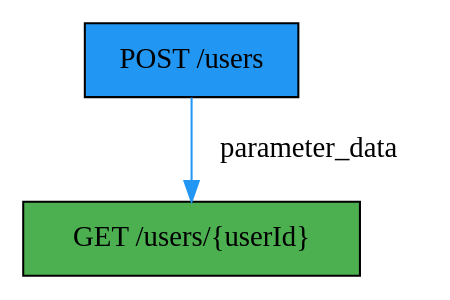
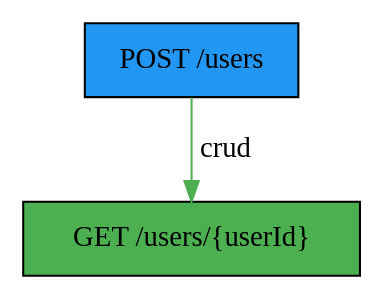
One commit to adityavbhagwat/Dependency-Graph-Builder changed the diagram in output_simple/graph.dot. Above: the diagram before and after it, drawn with Graphviz. The commit also changed 6 other files, not shown here.

```diff
--- a/output_simple/graph.dot
+++ b/output_simple/graph.dot
@@ -1,6 +1,6 @@
 digraph G {
 rankdir=TB;
 createUser [label="POST /users", shape=box, style=filled, fillcolor="#2196F3"];
 getUserById [label="GET /users/{userId}", shape=box, style=filled, fillcolor="#4CAF50"];
-createUser -> getUserById [label="parameter_data", color="#2196F3"];
+createUser -> getUserById [label=crud, color="#4CAF50"];
 }
```
